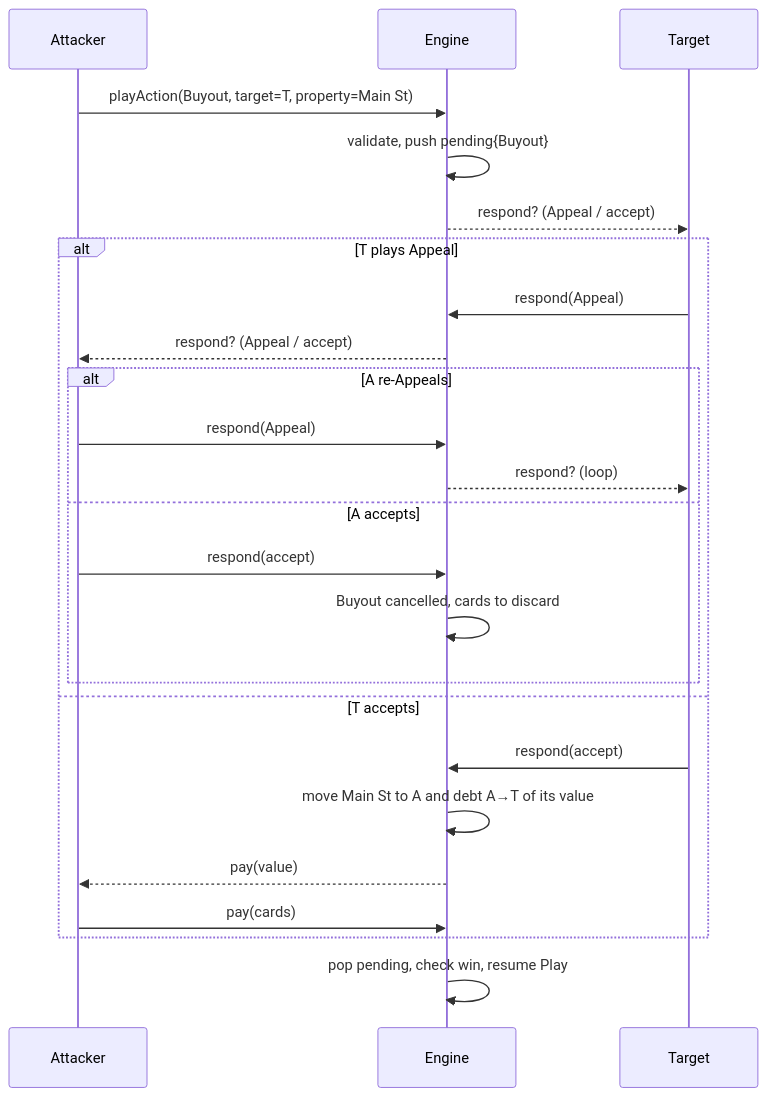
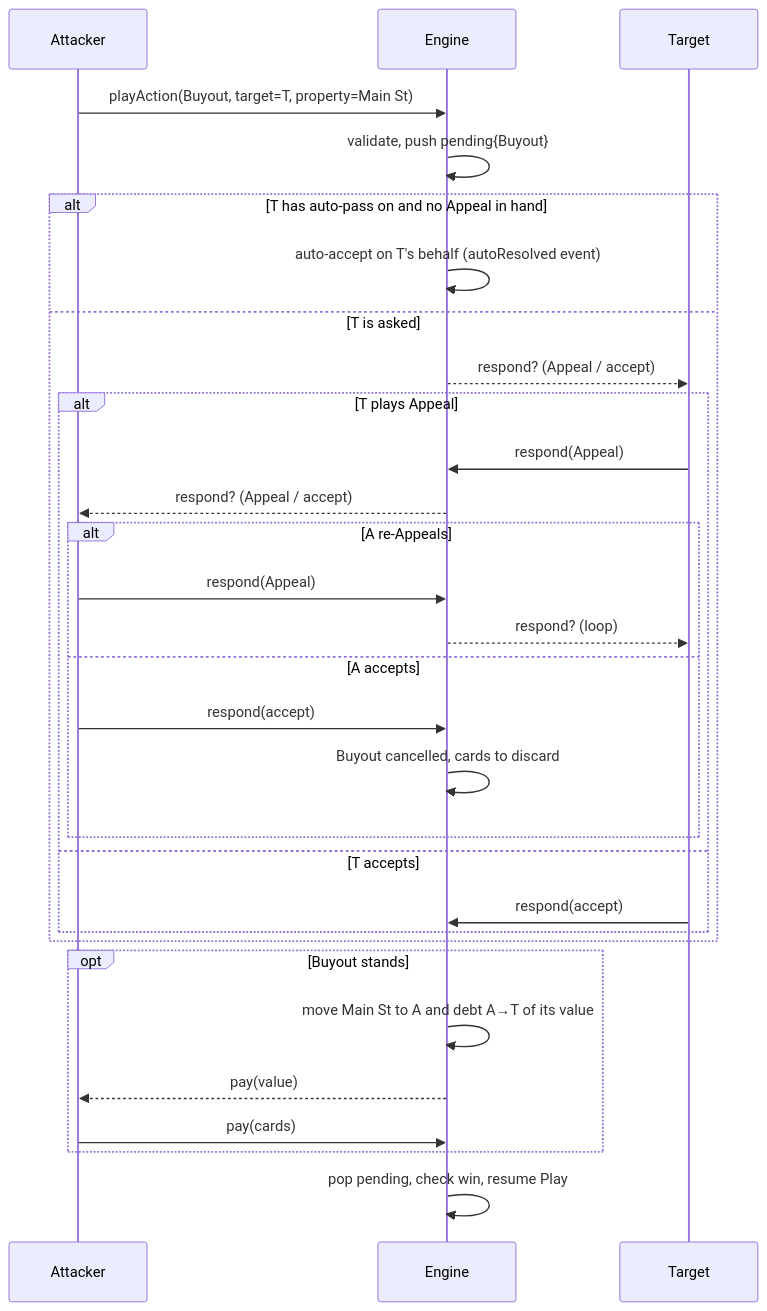
Before and after one commit to ddblz/bull-city-blocks: the third of 5 diagrams in docs/ARCHITECTURE.md, drawn with Mermaid. The commit also changed other lines of this file and 2 other files, not shown here.

First line of the commit message:
docs: v0.2 spec — 14 districts, 2–10 players, landmark/icon upgrades, auto-pass, turn clock, free-tier hosting

````diff
--- a/docs/ARCHITECTURE.md
+++ b/docs/ARCHITECTURE.md
@@ -98,26 +108,32 @@
 ```mermaid
 sequenceDiagram
   participant A as Attacker
   participant E as Engine
   participant T as Target
   A->>E: playAction(Buyout, target=T, property=Main St)
   E->>E: validate, push pending{Buyout}
+  alt T has auto-pass on and no Appeal in hand
+    E->>E: auto-accept on T's behalf (autoResolved event)
+  else T is asked
   E-->>T: respond? (Appeal / accept)
   alt T plays Appeal
     T->>E: respond(Appeal)
     E-->>A: respond? (Appeal / accept)
     alt A re-Appeals
       A->>E: respond(Appeal)
       E-->>T: respond? (loop)
     else A accepts
       A->>E: respond(accept)
       E->>E: Buyout cancelled, cards to discard
     end
   else T accepts
     T->>E: respond(accept)
+  end
+  end
+  opt Buyout stands
     E->>E: move Main St to A and debt A→T of its value
     E-->>A: pay(value)
     A->>E: pay(cards)
   end
   E->>E: pop pending, check win, resume Play
 ```
````
